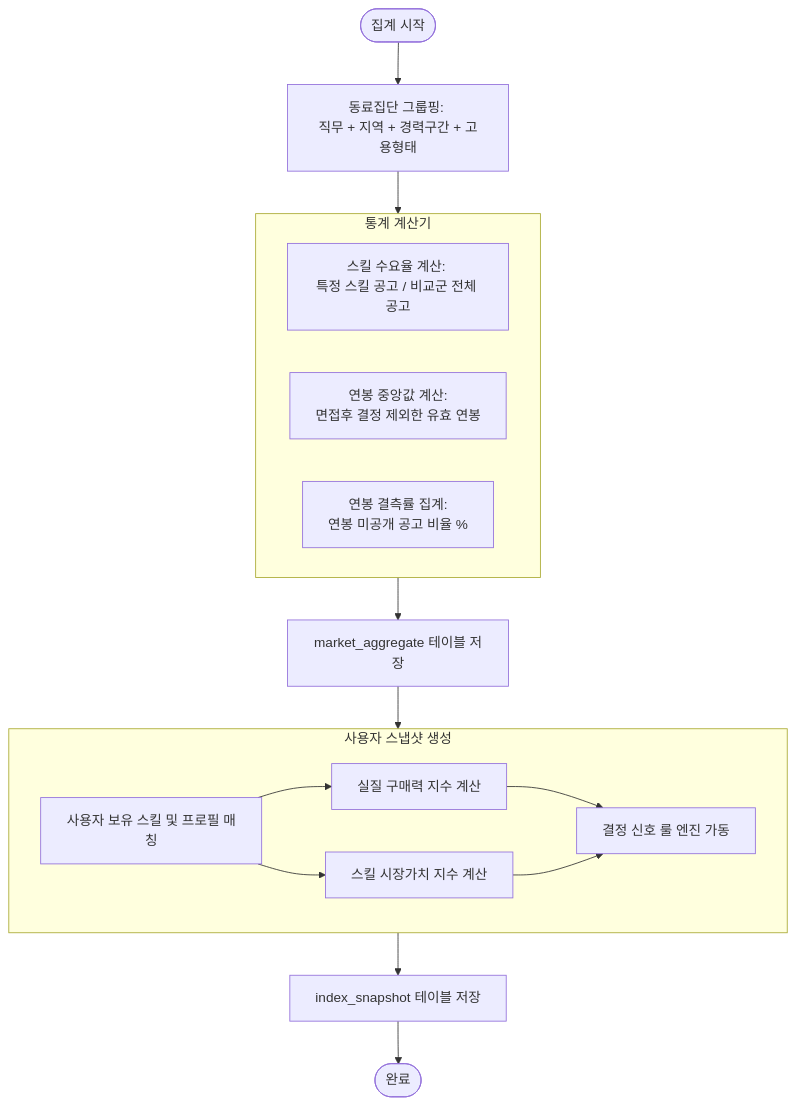
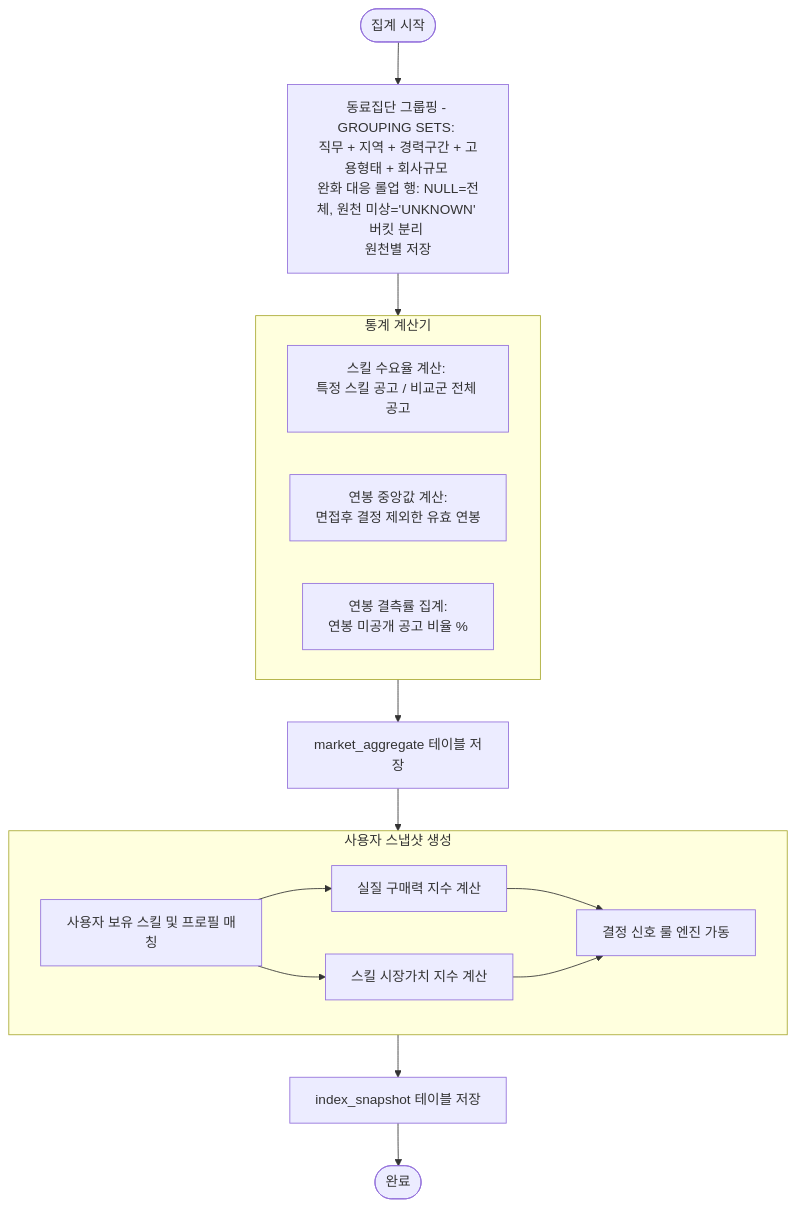
One commit to SeoHyeokGyu/Carix changed the fourth of 5 diagrams in docs/superpowers/specs/2026-07-18-application-workflow-spec.md. Above: the diagram before and after it, drawn with Mermaid. The commit also changed other lines of this file and 10 other files, not shown here.

````diff
--- a/docs/superpowers/specs/2026-07-18-application-workflow-spec.md
+++ b/docs/superpowers/specs/2026-07-18-application-workflow-spec.md
@@ -119,23 +140,23 @@
 ```mermaid
 flowchart TD
-    Start([집계 시작]) --> AggregatePeer[동료집단 그룹핑: <br>직무 + 지역 + 경력구간 + 고용형태]
+    Start([집계 시작]) --> AggregatePeer[동료집단 그룹핑 - GROUPING SETS: <br>직무 + 지역 + 경력구간 + 고용형태 + 회사규모 <br>완화 대응 롤업 행: NULL=전체, 원천 미상='UNKNOWN' 버킷 분리 <br>원천별 저장]
     
     subgraph Stats [통계 계산기]
         CalDemand[스킬 수요율 계산: <br>특정 스킬 공고 / 비교군 전체 공고]
         CalMedian[연봉 중앙값 계산: <br>면접후 결정 제외한 유효 연봉]
         CalMissing[연봉 결측률 집계: <br>연봉 미공개 공고 비율 %]
     end
     
     AggregatePeer --> Stats
     Stats --> SaveAgg[market_aggregate 테이블 저장]
     
     subgraph Snapshot [사용자 스냅샷 생성]
         MapUser[사용자 보유 스킬 및 프로필 매칭] --> CalPPI[실질 구매력 지수 계산]
         MapUser --> CalMVI[스킬 시장가치 지수 계산]
         CalPPI & CalMVI --> GetSignal[결정 신호 룰 엔진 가동]
     end
     
     SaveAgg --> Snapshot
     Snapshot --> SaveSnap[index_snapshot 테이블 저장]
     SaveSnap --> End([완료])
 ```
````
